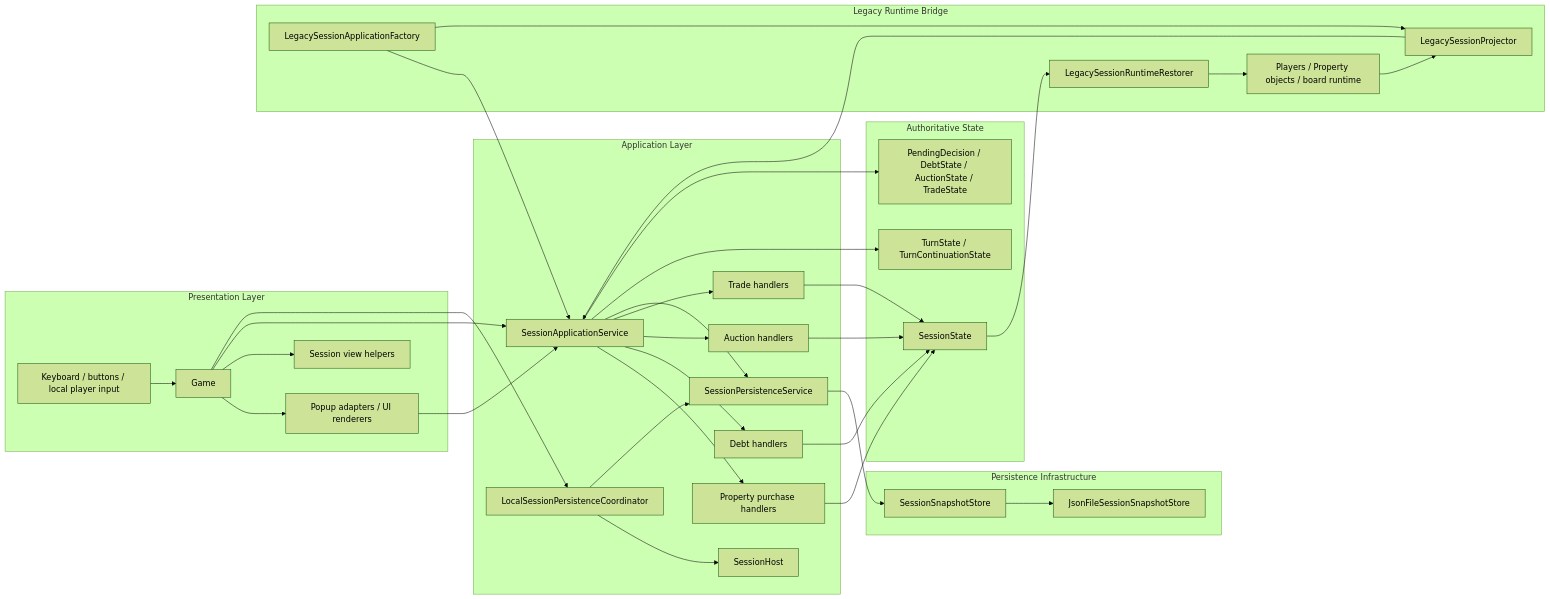
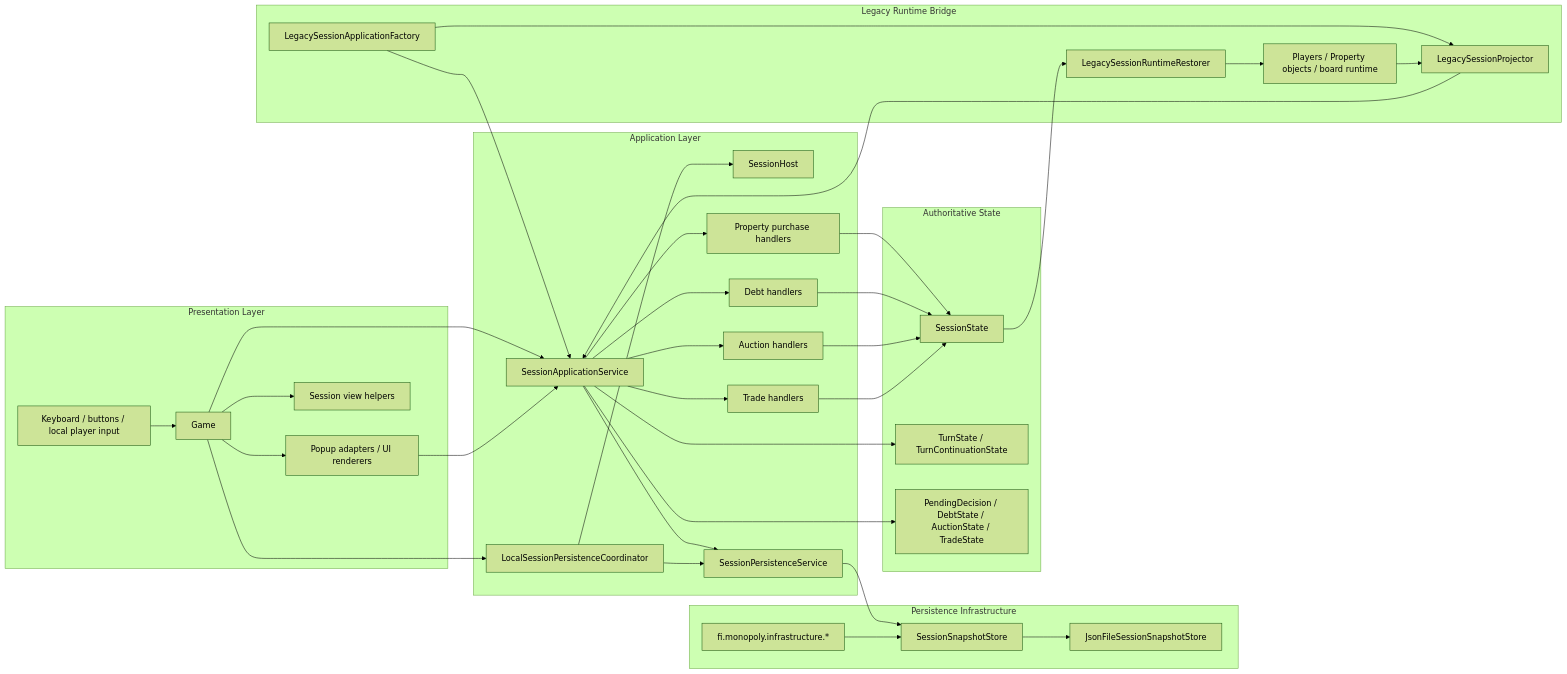
The second of 5 diagrams in docs/architecture-overview-diagrams.md (Jukkakot/MonopolyApp), drawn with Mermaid (forest theme) before and after one commit. The commit also changed other lines of this file and 12 other files, not shown here.

````diff
--- a/docs/architecture-overview-diagrams.md
+++ b/docs/architecture-overview-diagrams.md
@@ -45,66 +45,68 @@
 ```mermaid
 flowchart LR
     subgraph Presentation[Presentation Layer]
         GAME[Game]
         POPUPS[Popup adapters / UI renderers]
         VIEW[Session view helpers]
         LOCALINPUT[Keyboard / buttons / local player input]
     end
 
     subgraph Application[Application Layer]
         APP[SessionApplicationService]
         HOST[SessionHost]
         PURCHASE[Property purchase handlers]
         DEBT[Debt handlers]
         AUCTION[Auction handlers]
         TRADE[Trade handlers]
         PERSIST[SessionPersistenceService]
         LOCALPERSIST[LocalSessionPersistenceCoordinator]
     end
 
     subgraph PersistenceInfra[Persistence Infrastructure]
+        INFRA[fi.monopoly.infrastructure.*]
         STORE[SessionSnapshotStore]
         JSON[JsonFileSessionSnapshotStore]
     end
 
     subgraph Domain[Authoritative State]
         SESSION[SessionState]
         TURN[TurnState / TurnContinuationState]
         SUBSYSTEMS[PendingDecision / DebtState / AuctionState / TradeState]
     end
 
     subgraph LegacyBridge[Legacy Runtime Bridge]
         FACTORY[LegacySessionApplicationFactory]
         PROJECTOR[LegacySessionProjector]
         RESTORER[LegacySessionRuntimeRestorer]
         LEGACY[Players / Property objects / board runtime]
     end
 
     LOCALINPUT --> GAME
     GAME --> POPUPS
     GAME --> VIEW
     GAME --> APP
     GAME --> LOCALPERSIST
     LOCALPERSIST --> HOST
     POPUPS --> APP
     APP --> PURCHASE
     APP --> DEBT
     APP --> AUCTION
     APP --> TRADE
     APP --> PERSIST
     LOCALPERSIST --> PERSIST
     PURCHASE --> SESSION
     DEBT --> SESSION
     AUCTION --> SESSION
     TRADE --> SESSION
     APP --> TURN
     APP --> SUBSYSTEMS
     PERSIST --> STORE
+    INFRA --> STORE
     STORE --> JSON
     FACTORY --> APP
     FACTORY --> PROJECTOR
     PROJECTOR --> APP
     RESTORER --> LEGACY
     LEGACY --> PROJECTOR
     SESSION --> RESTORER
 ```
````
